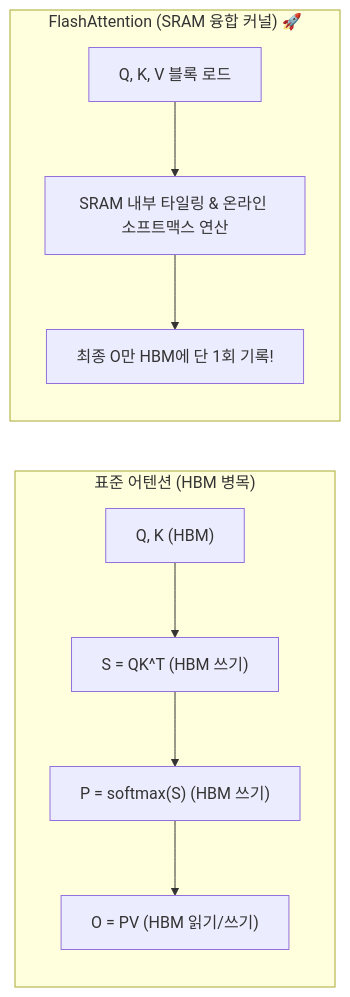
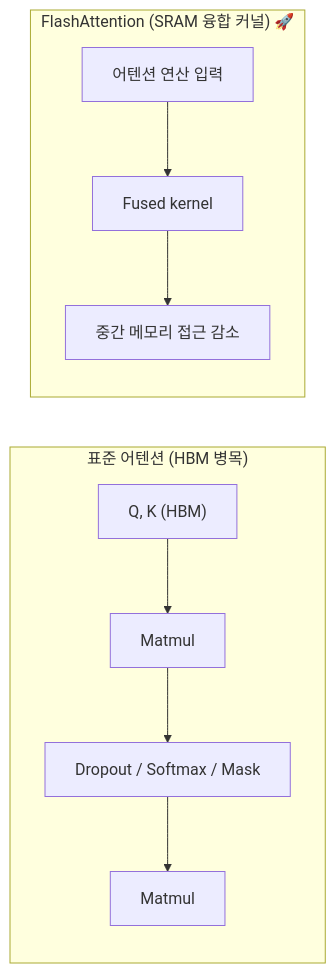
The third of 4 diagrams in chapter-qa/ch09-inference-optimization-qa/02-kv-cache-flashattention-and-batching.md (sing-u8/AI-Engineering), drawn with Mermaid before and after one commit. The commit also changed other lines of this file and 3 other files, not shown here.

````diff
--- a/chapter-qa/ch09-inference-optimization-qa/02-kv-cache-flashattention-and-batching.md
+++ b/chapter-qa/ch09-inference-optimization-qa/02-kv-cache-flashattention-and-batching.md
@@ -111,12 +109,12 @@
 ```mermaid
 flowchart LR
     subgraph Standard["표준 어텐션 (HBM 병목)"]
-        Q1["Q, K (HBM)"] --> S1["S = QK^T (HBM 쓰기)"]
-        S1 --> P1["P = softmax(S) (HBM 쓰기)"]
-        P1 --> O1["O = PV (HBM 읽기/쓰기)"]
+        Q1["Q, K (HBM)"] --> S1["Matmul"]
+        S1 --> P1["Dropout / Softmax / Mask"]
+        P1 --> O1["Matmul"]
     end
     subgraph Flash["FlashAttention (SRAM 융합 커널) 🚀"]
-        Block["Q, K, V 블록 로드"] --> SRAM["SRAM 내부 타일링 & 온라인 소프트맥스 연산"]
-        SRAM --> Out["최종 O만 HBM에 단 1회 기록!"]
+        Block["어텐션 연산 입력"] --> SRAM["Fused kernel"]
+        SRAM --> Out["중간 메모리 접근 감소"]
     end
 ```
````
